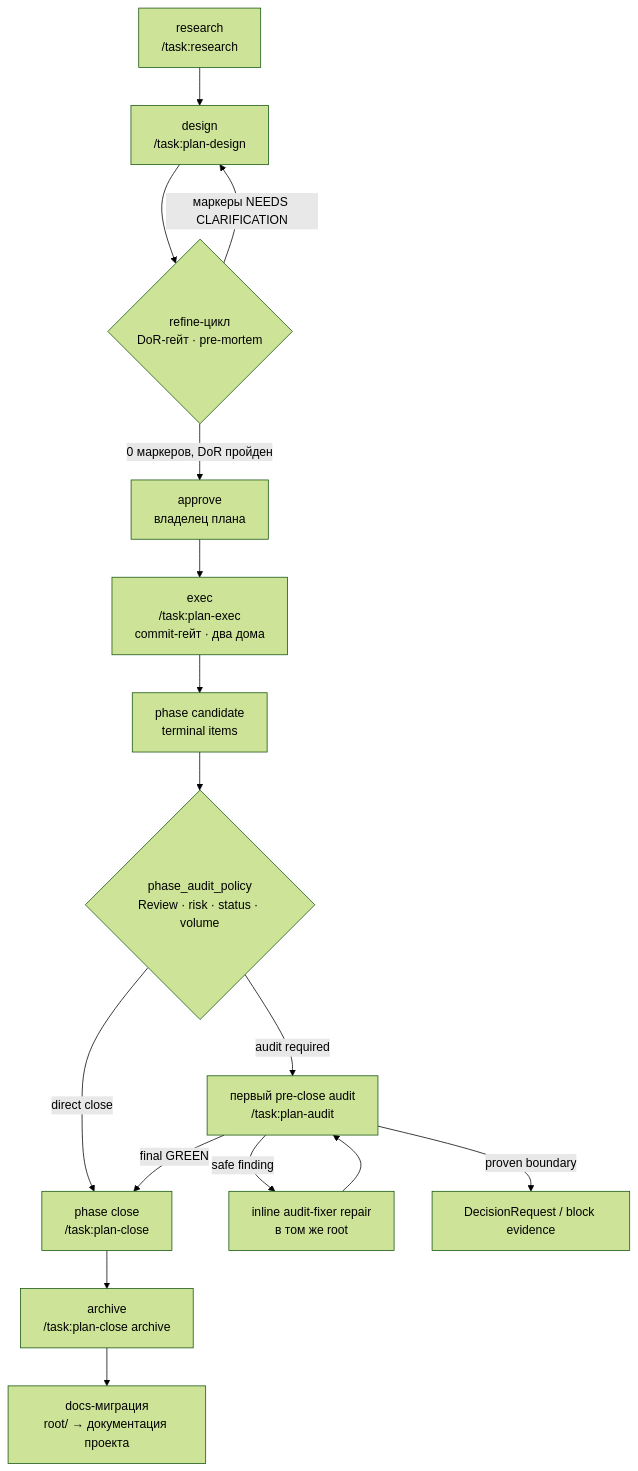
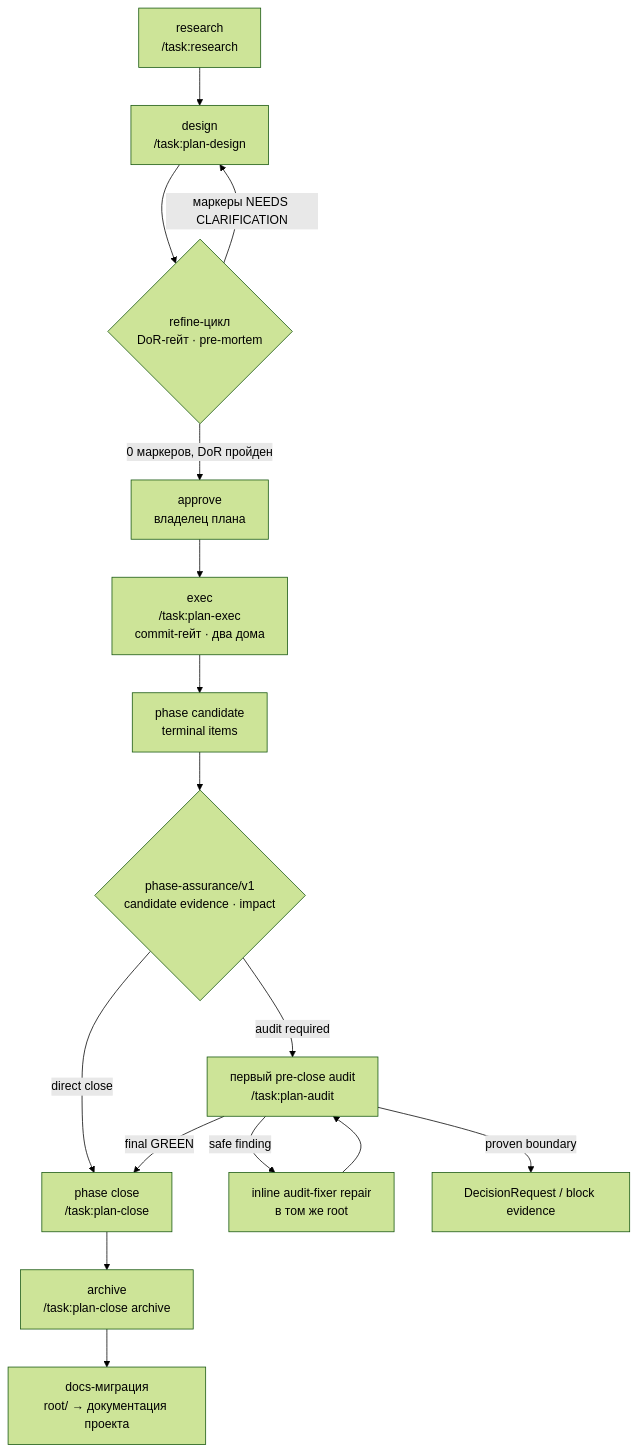
One commit to academici/swissknifeman changed the diagram in packages/task/docs/methodology.md. Above: the diagram before and after it, drawn with Mermaid (forest theme). The commit also changed other lines of this file and 43 other files, not shown here.

Commit message:
feat(task): добавить phase assurance и impact broker

````diff
--- a/packages/task/docs/methodology.md
+++ b/packages/task/docs/methodology.md
@@ -15,18 +15,18 @@
 ```mermaid
 flowchart TD
     R[research<br>/task:research] --> D[design<br>/task:plan-design]
     D --> RF{refine-цикл<br>DoR-гейт · pre-mortem}
     RF -- маркеры NEEDS CLARIFICATION --> D
     RF -- 0 маркеров, DoR пройден --> A[approve<br>владелец плана]
     A --> E[exec<br>/task:plan-exec<br>commit-гейт · два дома]
     E --> C[phase candidate<br>terminal items]
-    C --> AP{phase_audit_policy<br>Review · risk · status · volume}
+    C --> AP{phase-assurance/v1<br>candidate evidence · impact}
     AP -- audit required --> RV[первый pre-close audit<br>/task:plan-audit]
     AP -- direct close --> PC
     RV -- safe finding --> RE[inline audit-fixer repair<br>в том же root]
     RE --> RV
     RV -- final GREEN --> PC[phase close<br>/task:plan-close]
     RV -- proven boundary --> INC[DecisionRequest / block evidence]
     PC --> AR[archive<br>/task:plan-close archive]
     AR --> DOCS[docs-миграция<br>root/ → документация проекта]
 ```
````
